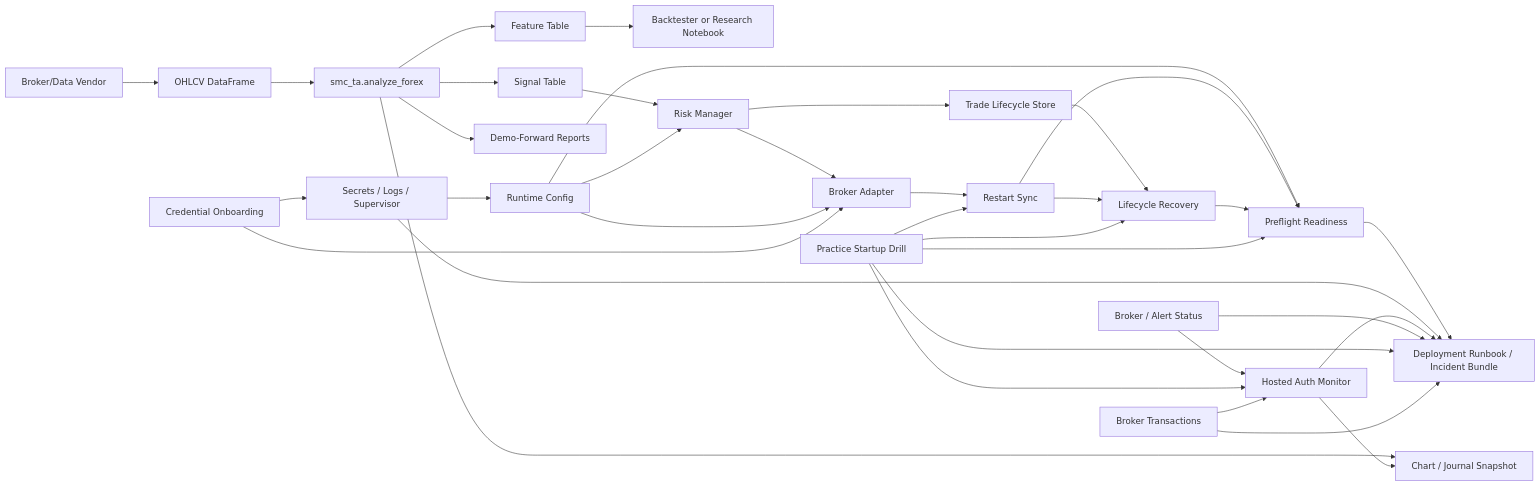
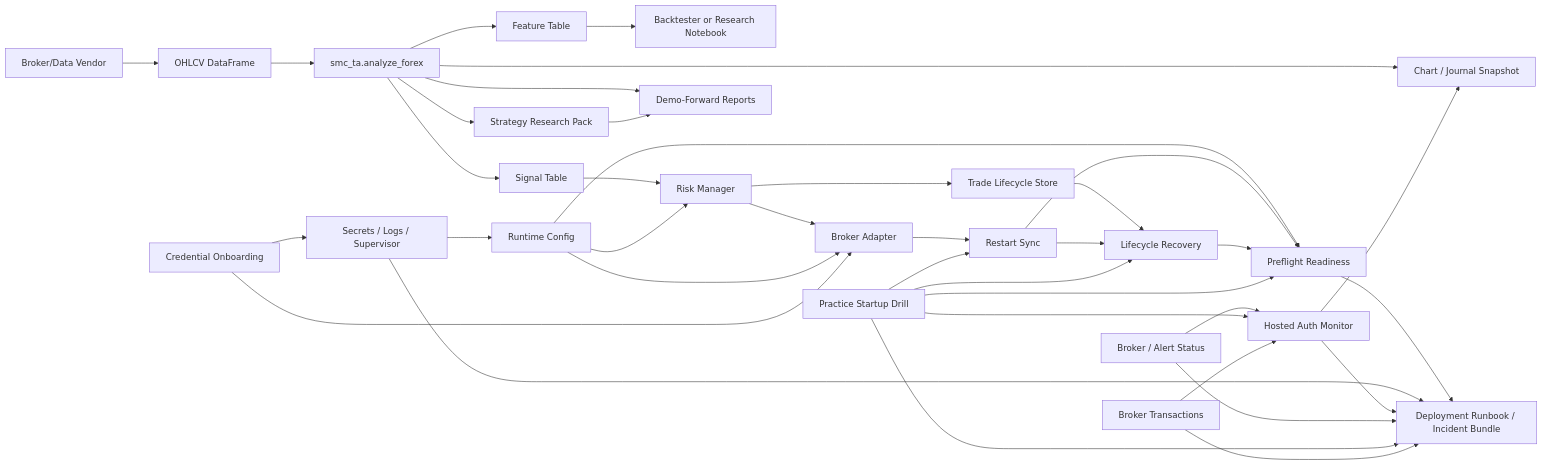
The diagram in docs/BOT_INTEGRATION.md (primebdsm/smcandta), drawn with Mermaid before and after one commit. The commit also changed other lines of this file and 14 other files, not shown here.

Commit message:
Add strategy research pack

````diff
--- a/docs/BOT_INTEGRATION.md
+++ b/docs/BOT_INTEGRATION.md
@@ -5,37 +5,39 @@
 ```mermaid
 flowchart LR
   A["Broker/Data Vendor"] --> B["OHLCV DataFrame"]
   B --> C["smc_ta.analyze_forex"]
   C --> D["Feature Table"]
   C --> E["Signal Table"]
   D --> F["Backtester or Research Notebook"]
   E --> G["Risk Manager"]
   G --> H["Broker Adapter"]
   G --> J["Trade Lifecycle Store"]
   C --> I["Chart / Journal Snapshot"]
+  C --> W["Strategy Research Pack"]
   C --> N["Demo-Forward Reports"]
+  W --> N
   K["Runtime Config"] --> G
   K --> H
   K --> L["Preflight Readiness"]
   H --> M["Restart Sync"]
   M --> L
   J --> O["Lifecycle Recovery"]
   M --> O
   O --> L
   L --> P["Deployment Runbook / Incident Bundle"]
   Q["Secrets / Logs / Supervisor"] --> K
   Q --> P
   U["Credential Onboarding"] --> Q
   U --> H
   R["Hosted Auth Monitor"] --> I
   R --> P
   S["Broker / Alert Status"] --> R
   S --> P
   T["Practice Startup Drill"] --> M
   T --> O
   T --> L
   T --> R
   T --> P
   V["Broker Transactions"] --> R
   V --> P
 ```
````
